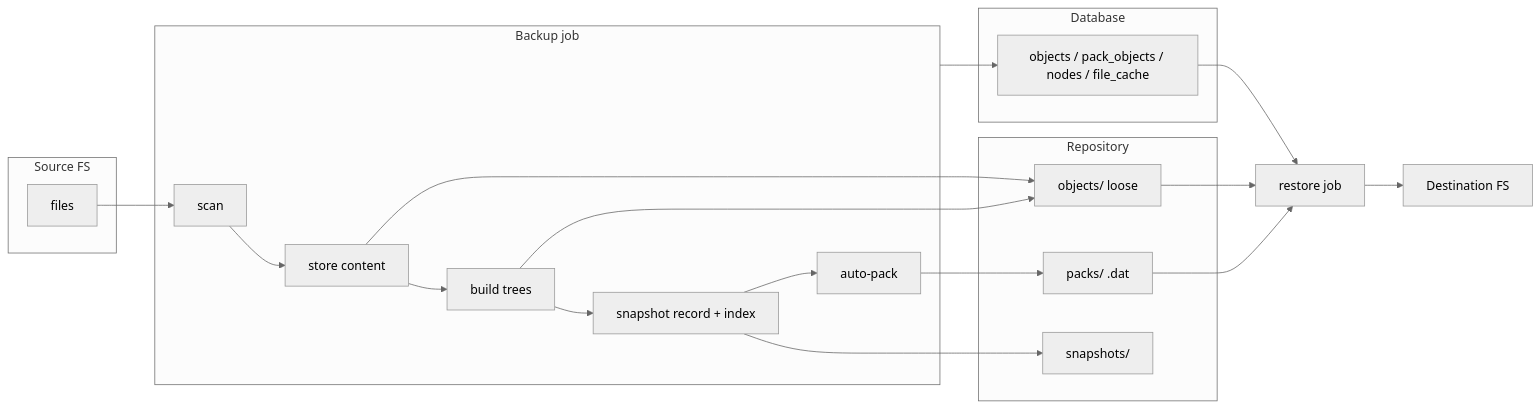
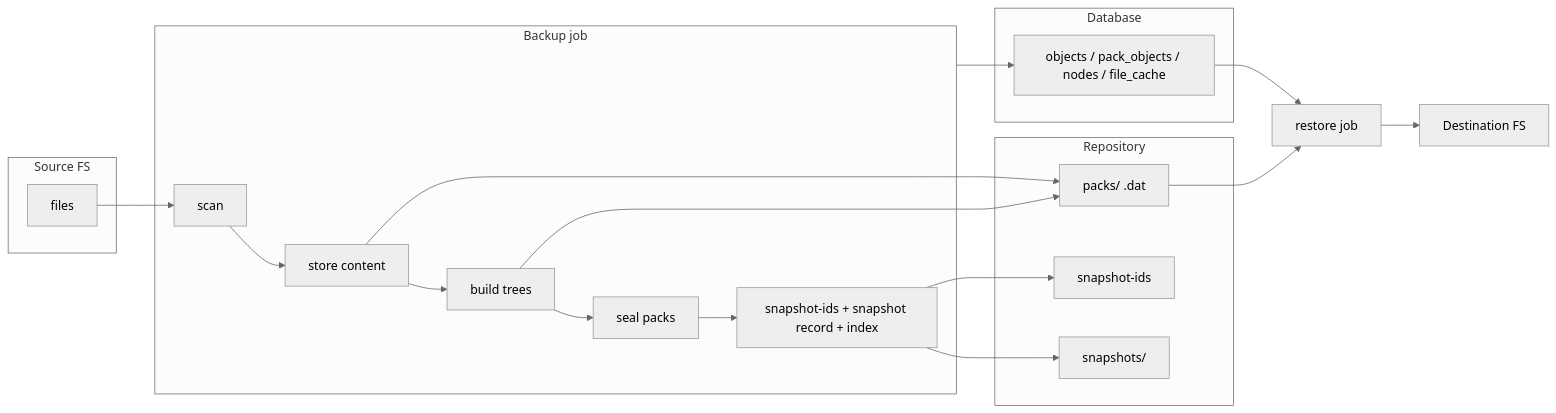
The first of 3 diagrams in docs/data-paths.md (vifair22/c-backup), drawn with Mermaid (neutral theme) before and after one commit. The commit also changed other lines of this file and 10 other files, not shown here.

````diff
--- a/docs/data-paths.md
+++ b/docs/data-paths.md
@@ -32,30 +30,29 @@
 ```mermaid
 flowchart LR
     subgraph source [Source FS]
         F[files]
     end
     subgraph backup [Backup job]
         S[scan] --> C[store content]
         C --> T[build trees]
-        T --> R[snapshot record + index]
-        R --> P[auto-pack]
+        T --> SL[seal packs]
+        SL --> R[snapshot-ids + snapshot record + index]
     end
     subgraph repo [Repository]
-        L[objects/ loose]
         K[packs/ .dat]
+        SI[snapshot-ids]
         SN[snapshots/]
     end
     subgraph db [Database]
         IX[objects / pack_objects / nodes / file_cache]
     end
     F --> S
-    C --> L
-    T --> L
+    C --> K
+    T --> K
+    R --> SI
     R --> SN
-    P --> K
     backup --> IX
     IX --> RS[restore job]
-    L --> RS
     K --> RS
     RS --> D[Destination FS]
 ```
````
